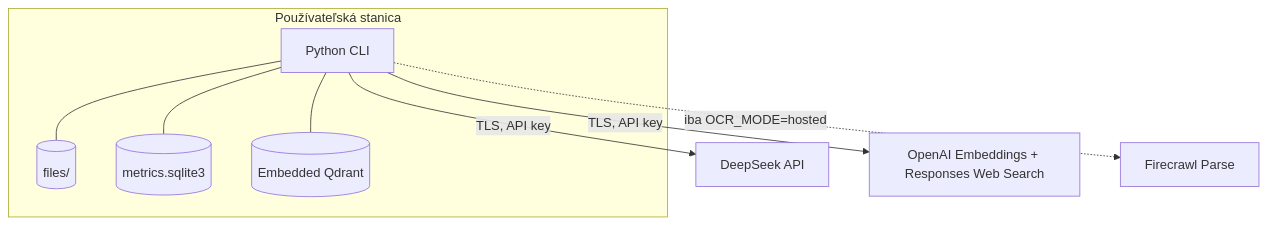
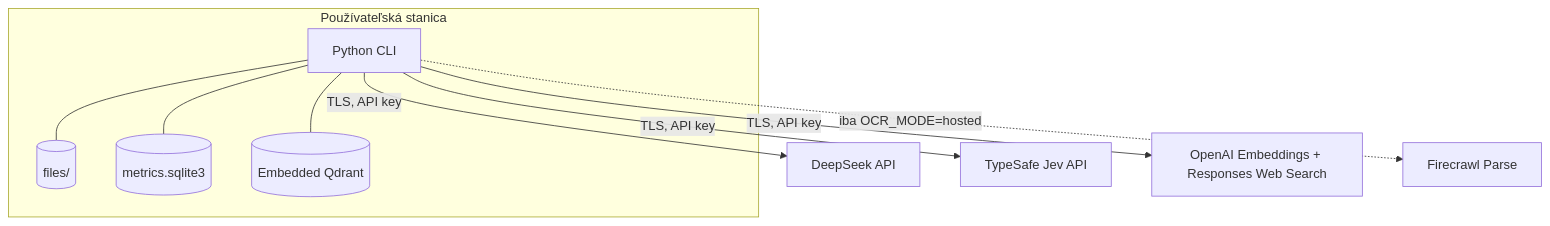
Before and after one commit to samuelbagin1/doc-ai-assistent: the fourth of 4 diagrams in docs/ARCHITECTURE.md, drawn with Mermaid. The commit also changed other lines of this file, not shown here.

Commit message:
feat: describe verifier and shared API gate architecture ARCHITECTURE.md

````diff
--- a/docs/ARCHITECTURE.md
+++ b/docs/ARCHITECTURE.md
@@ -119,15 +129,16 @@
 ```mermaid
 flowchart TB
     subgraph Workstation[Používateľská stanica]
       CLI[Python CLI]
       FILES[(files/)]
       SQLITE[(metrics.sqlite3)]
       QLOCAL[(Embedded Qdrant)]
       CLI --- FILES
       CLI --- SQLITE
       CLI --- QLOCAL
     end
     CLI -->|TLS, API key| DS[DeepSeek API]
+    CLI -->|TLS, API key| TS[TypeSafe Jev API]
     CLI -->|TLS, API key| OAI[OpenAI Embeddings + Responses Web Search]
     CLI -. iba OCR_MODE=hosted .-> FC[Firecrawl Parse]
 ```
````
